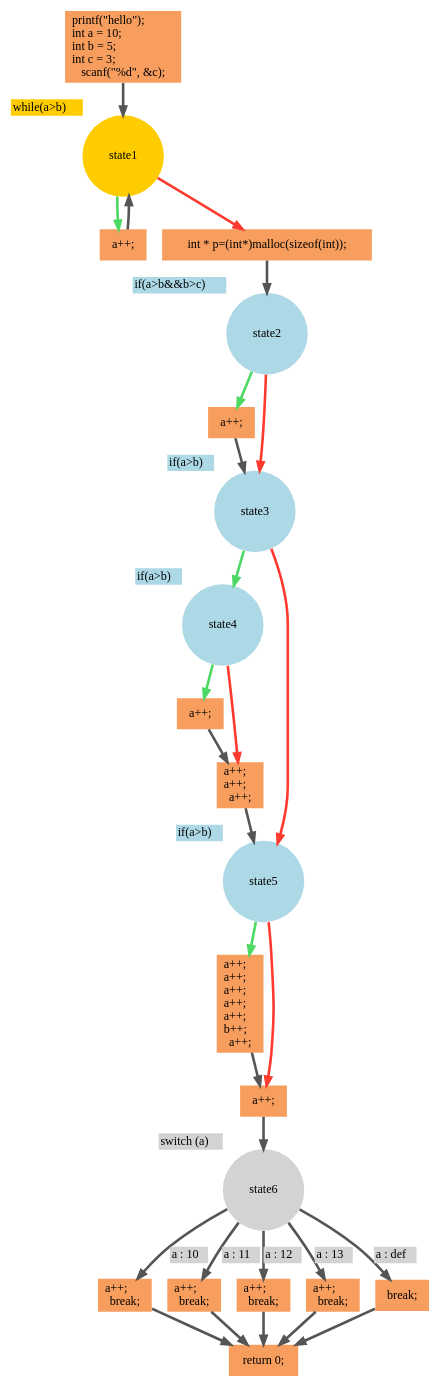
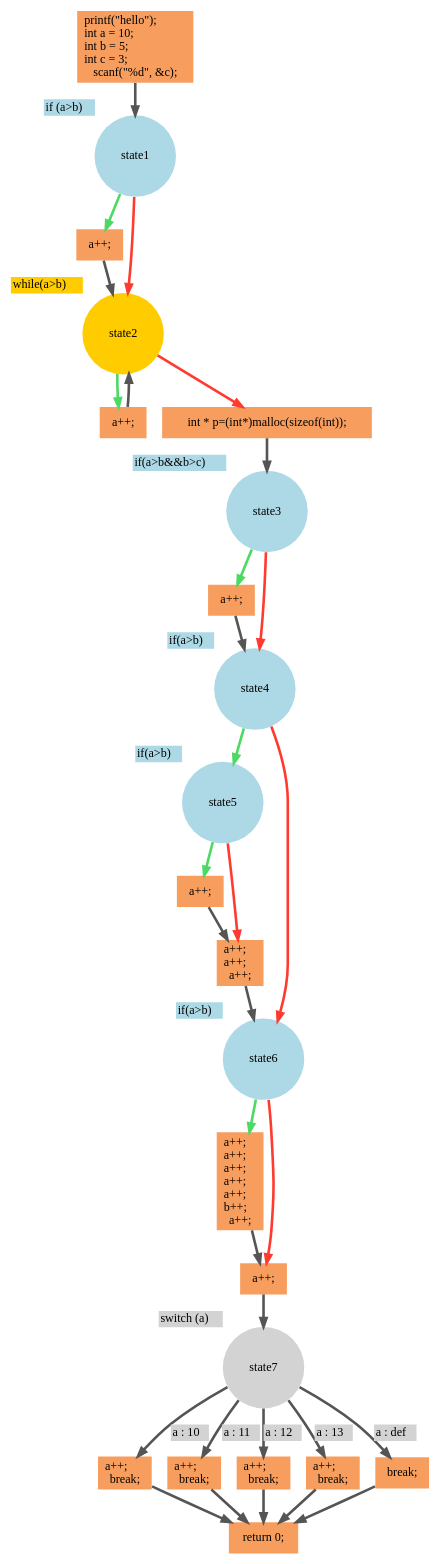
One commit to taylor-swift-13/source2fsm changed the diagram in source2fsm/output/.hard_test_main.dot. Above: the diagram before and after it, drawn with Graphviz. The commit also changed 33 other files, not shown here.

```diff
--- a/source2fsm/output/.hard_test_main.dot
+++ b/source2fsm/output/.hard_test_main.dot
@@ -1,50 +1,55 @@
 digraph "FSM for 'main' function" {
-Node0x1e34c20 [shape=record, color=transparent, style=filled, fillcolor="#F79e5e", label="{printf(\"hello\");\lint a = 10;\lint b = 5;\lint c = 3;\lscanf(\"%d\", &amp;c);}"];
-Node0x1e35cd1 [shape=circle, color=transparent, style=filled, fillcolor="#FFCC00", label=state1, xlabel=<<TABLE BORDER="0" CELLBORDER="0" CELLSPACING="0"><TR><TD BGCOLOR="#FFCC00" ALIGN="center">while(a&gt;b)</TD></TR></TABLE>>, fixedsize=true, width=1.3, height=1.3];
-Node0x1e35500 [shape=record, color=transparent, style=filled, fillcolor="#F79e5e", label="{a++;}"];
-Node0x1e35fd0 [shape=record, color=transparent, style=filled, fillcolor="#F79e5e", label="{int * p=(int*)malloc(sizeof(int));}"];
-Node0x1e35fd1 [shape=circle, color=transparent, style=filled, fillcolor="#ADD8E6", label=state2, xlabel=<<TABLE BORDER="0" CELLBORDER="0" CELLSPACING="0"><TR><TD BGCOLOR="#ADD8E6" ALIGN="center">if(a&gt;b&amp;&amp;b&gt;c)</TD></TR></TABLE>>, fixedsize=true, width=1.3, height=1.3];
-Node0x1e37560 [shape=record, color=transparent, style=filled, fillcolor="#F79e5e", label="{a++;}"];
-Node0x1e372b1 [shape=circle, color=transparent, style=filled, fillcolor="#ADD8E6", label=state3, xlabel=<<TABLE BORDER="0" CELLBORDER="0" CELLSPACING="0"><TR><TD BGCOLOR="#ADD8E6" ALIGN="center">if(a&gt;b)</TD></TR></TABLE>>, fixedsize=true, width=1.3, height=1.3];
-Node0x1e379d1 [shape=circle, color=transparent, style=filled, fillcolor="#ADD8E6", label=state4, xlabel=<<TABLE BORDER="0" CELLBORDER="0" CELLSPACING="0"><TR><TD BGCOLOR="#ADD8E6" ALIGN="center">if(a&gt;b)</TD></TR></TABLE>>, fixedsize=true, width=1.3, height=1.3];
-Node0x1e37ea0 [shape=record, color=transparent, style=filled, fillcolor="#F79e5e", label="{a++;}"];
-Node0x1e37ef0 [shape=record, color=transparent, style=filled, fillcolor="#F79e5e", label="{a++;\la++;\la++;}"];
-Node0x1e37a21 [shape=circle, color=transparent, style=filled, fillcolor="#ADD8E6", label=state5, xlabel=<<TABLE BORDER="0" CELLBORDER="0" CELLSPACING="0"><TR><TD BGCOLOR="#ADD8E6" ALIGN="center">if(a&gt;b)</TD></TR></TABLE>>, fixedsize=true, width=1.3, height=1.3];
-Node0x1e388c0 [shape=record, color=transparent, style=filled, fillcolor="#F79e5e", label="{a++;\la++;\la++;\la++;\la++;\lb++;\la++;}"];
-Node0x1e38910 [shape=record, color=transparent, style=filled, fillcolor="#F79e5e", label="{a++;}"];
-Node0x1e38911 [shape=circle, color=transparent, style=filled, fillcolor="#D3D3D3", label=state6, xlabel=<<TABLE BORDER="0" CELLBORDER="0" CELLSPACING="0"><TR><TD BGCOLOR="#D3D3D3" ALIGN="center">switch (a)</TD></TR></TABLE>>, fixedsize=true, width=1.3, height=1.3];
-Node0x1e39bd0 [shape=record, color=transparent, style=filled, fillcolor="#F79e5e", label="{a++;\lbreak;}"];
-Node0x1e39c50 [shape=record, color=transparent, style=filled, fillcolor="#F79e5e", label="{a++;\lbreak;}"];
-Node0x1e39cd0 [shape=record, color=transparent, style=filled, fillcolor="#F79e5e", label="{a++;\lbreak;}"];
-Node0x1e39d90 [shape=record, color=transparent, style=filled, fillcolor="#F79e5e", label="{a++;\lbreak;}"];
-Node0x1e39b80 [shape=record, color=transparent, style=filled, fillcolor="#F79e5e", label="{break;}"];
-Node0x1e3a150 [shape=record, color=transparent, style=filled, fillcolor="#F79e5e", label="{return 0;}"];
-Node0x1e34c20 -> Node0x1e35cd1 [penwidth=3, color="#555555"];
-Node0x1e35500 -> Node0x1e35cd1 [penwidth=3, color="#555555"];
-Node0x1e35fd0 -> Node0x1e35fd1 [penwidth=3, color="#555555"];
-Node0x1e37560 -> Node0x1e372b1 [penwidth=3, color="#555555"];
-Node0x1e37ea0 -> Node0x1e37ef0 [penwidth=3, color="#555555"];
-Node0x1e37ef0 -> Node0x1e37a21 [penwidth=3, color="#555555"];
-Node0x1e388c0 -> Node0x1e38910 [penwidth=3, color="#555555"];
-Node0x1e38910 -> Node0x1e38911 [penwidth=3, color="#555555"];
-Node0x1e39bd0 -> Node0x1e3a150 [penwidth=3, color="#555555"];
-Node0x1e39c50 -> Node0x1e3a150 [penwidth=3, color="#555555"];
-Node0x1e39cd0 -> Node0x1e3a150 [penwidth=3, color="#555555"];
-Node0x1e39d90 -> Node0x1e3a150 [penwidth=3, color="#555555"];
-Node0x1e39b80 -> Node0x1e3a150 [penwidth=3, color="#555555"];
-Node0x1e35cd1 -> Node0x1e35500 [color="#4CD964", penwidth=3];
-Node0x1e35cd1 -> Node0x1e35fd0 [color="#FF3B30", penwidth=3];
-Node0x1e35fd1 -> Node0x1e372b1 [color="#FF3B30", penwidth=3];
-Node0x1e372b1 -> Node0x1e379d1 [color="#4CD964", penwidth=3];
-Node0x1e372b1 -> Node0x1e37a21 [color="#FF3B30", penwidth=3];
-Node0x1e379d1 -> Node0x1e37ea0 [color="#4CD964", penwidth=3];
-Node0x1e379d1 -> Node0x1e37ef0 [color="#FF3B30", penwidth=3];
-Node0x1e37a21 -> Node0x1e388c0 [color="#4CD964", penwidth=3];
-Node0x1e37a21 -> Node0x1e38910 [color="#FF3B30", penwidth=3];
-Node0x1e38911 -> Node0x1e39b80 [label=<<TABLE BORDER="0" CELLBORDER="0" CELLSPACING="0"><TR><TD BGCOLOR="#D3D3D3" ALIGN="center">a : def</TD></TR></TABLE>>, penwidth=3, color="#555555"];
-Node0x1e38911 -> Node0x1e39bd0 [label=<<TABLE BORDER="0" CELLBORDER="0" CELLSPACING="0"><TR><TD BGCOLOR="#D3D3D3" ALIGN="center">a : 10</TD></TR></TABLE>>, penwidth=3, color="#555555"];
-Node0x1e38911 -> Node0x1e39c50 [label=<<TABLE BORDER="0" CELLBORDER="0" CELLSPACING="0"><TR><TD BGCOLOR="#D3D3D3" ALIGN="center">a : 11</TD></TR></TABLE>>, penwidth=3, color="#555555"];
-Node0x1e38911 -> Node0x1e39cd0 [label=<<TABLE BORDER="0" CELLBORDER="0" CELLSPACING="0"><TR><TD BGCOLOR="#D3D3D3" ALIGN="center">a : 12</TD></TR></TABLE>>, penwidth=3, color="#555555"];
-Node0x1e38911 -> Node0x1e39d90 [label=<<TABLE BORDER="0" CELLBORDER="0" CELLSPACING="0"><TR><TD BGCOLOR="#D3D3D3" ALIGN="center">a : 13</TD></TR></TABLE>>, penwidth=3, color="#555555"];
-Node0x1e35fd1 -> Node0x1e37560 [color="#4CD964", penwidth=3];
+Node0x12fddc0 [shape=record, color=transparent, style=filled, fillcolor="#F79e5e", label="{printf(\"hello\");\lint a = 10;\lint b = 5;\lint c = 3;\lscanf(\"%d\", &amp;c);}"];
+Node0x12fddc1 [shape=circle, color=transparent, style=filled, fillcolor="#ADD8E6", label=state1, xlabel=<<TABLE BORDER="0" CELLBORDER="0" CELLSPACING="0"><TR><TD BGCOLOR="#ADD8E6" ALIGN="center">if (a&gt;b)</TD></TR></TABLE>>, fixedsize=true, width=1.3, height=1.3];
+Node0x12fe6a0 [shape=record, color=transparent, style=filled, fillcolor="#F79e5e", label="{a++;}"];
+Node0x12ff3f1 [shape=circle, color=transparent, style=filled, fillcolor="#FFCC00", label=state2, xlabel=<<TABLE BORDER="0" CELLBORDER="0" CELLSPACING="0"><TR><TD BGCOLOR="#FFCC00" ALIGN="center">while(a&gt;b)</TD></TR></TABLE>>, fixedsize=true, width=1.3, height=1.3];
+Node0x12ff590 [shape=record, color=transparent, style=filled, fillcolor="#F79e5e", label="{a++;}"];
+Node0x12ff5e0 [shape=record, color=transparent, style=filled, fillcolor="#F79e5e", label="{int * p=(int*)malloc(sizeof(int));}"];
+Node0x12ff5e1 [shape=circle, color=transparent, style=filled, fillcolor="#ADD8E6", label=state3, xlabel=<<TABLE BORDER="0" CELLBORDER="0" CELLSPACING="0"><TR><TD BGCOLOR="#ADD8E6" ALIGN="center">if(a&gt;b&amp;&amp;b&gt;c)</TD></TR></TABLE>>, fixedsize=true, width=1.3, height=1.3];
+Node0x1300bc0 [shape=record, color=transparent, style=filled, fillcolor="#F79e5e", label="{a++;}"];
+Node0x1300911 [shape=circle, color=transparent, style=filled, fillcolor="#ADD8E6", label=state4, xlabel=<<TABLE BORDER="0" CELLBORDER="0" CELLSPACING="0"><TR><TD BGCOLOR="#ADD8E6" ALIGN="center">if(a&gt;b)</TD></TR></TABLE>>, fixedsize=true, width=1.3, height=1.3];
+Node0x1301241 [shape=circle, color=transparent, style=filled, fillcolor="#ADD8E6", label=state5, xlabel=<<TABLE BORDER="0" CELLBORDER="0" CELLSPACING="0"><TR><TD BGCOLOR="#ADD8E6" ALIGN="center">if(a&gt;b)</TD></TR></TABLE>>, fixedsize=true, width=1.3, height=1.3];
+Node0x1301500 [shape=record, color=transparent, style=filled, fillcolor="#F79e5e", label="{a++;}"];
+Node0x1301550 [shape=record, color=transparent, style=filled, fillcolor="#F79e5e", label="{a++;\la++;\la++;}"];
+Node0x1301291 [shape=circle, color=transparent, style=filled, fillcolor="#ADD8E6", label=state6, xlabel=<<TABLE BORDER="0" CELLBORDER="0" CELLSPACING="0"><TR><TD BGCOLOR="#ADD8E6" ALIGN="center">if(a&gt;b)</TD></TR></TABLE>>, fixedsize=true, width=1.3, height=1.3];
+Node0x1301f20 [shape=record, color=transparent, style=filled, fillcolor="#F79e5e", label="{a++;\la++;\la++;\la++;\la++;\lb++;\la++;}"];
+Node0x1301f70 [shape=record, color=transparent, style=filled, fillcolor="#F79e5e", label="{a++;}"];
+Node0x1301f71 [shape=circle, color=transparent, style=filled, fillcolor="#D3D3D3", label=state7, xlabel=<<TABLE BORDER="0" CELLBORDER="0" CELLSPACING="0"><TR><TD BGCOLOR="#D3D3D3" ALIGN="center">switch (a)</TD></TR></TABLE>>, fixedsize=true, width=1.3, height=1.3];
+Node0x1303230 [shape=record, color=transparent, style=filled, fillcolor="#F79e5e", label="{a++;\lbreak;}"];
+Node0x13032b0 [shape=record, color=transparent, style=filled, fillcolor="#F79e5e", label="{a++;\lbreak;}"];
+Node0x1303330 [shape=record, color=transparent, style=filled, fillcolor="#F79e5e", label="{a++;\lbreak;}"];
+Node0x13033f0 [shape=record, color=transparent, style=filled, fillcolor="#F79e5e", label="{a++;\lbreak;}"];
+Node0x13031e0 [shape=record, color=transparent, style=filled, fillcolor="#F79e5e", label="{break;}"];
+Node0x13037b0 [shape=record, color=transparent, style=filled, fillcolor="#F79e5e", label="{return 0;}"];
+Node0x12fddc0 -> Node0x12fddc1 [penwidth=3, color="#555555"];
+Node0x12fe6a0 -> Node0x12ff3f1 [penwidth=3, color="#555555"];
+Node0x12ff590 -> Node0x12ff3f1 [penwidth=3, color="#555555"];
+Node0x12ff5e0 -> Node0x12ff5e1 [penwidth=3, color="#555555"];
+Node0x1300bc0 -> Node0x1300911 [penwidth=3, color="#555555"];
+Node0x1301500 -> Node0x1301550 [penwidth=3, color="#555555"];
+Node0x1301550 -> Node0x1301291 [penwidth=3, color="#555555"];
+Node0x1301f20 -> Node0x1301f70 [penwidth=3, color="#555555"];
+Node0x1301f70 -> Node0x1301f71 [penwidth=3, color="#555555"];
+Node0x1303230 -> Node0x13037b0 [penwidth=3, color="#555555"];
+Node0x13032b0 -> Node0x13037b0 [penwidth=3, color="#555555"];
+Node0x1303330 -> Node0x13037b0 [penwidth=3, color="#555555"];
+Node0x13033f0 -> Node0x13037b0 [penwidth=3, color="#555555"];
+Node0x13031e0 -> Node0x13037b0 [penwidth=3, color="#555555"];
+Node0x12fddc1 -> Node0x12fe6a0 [color="#4CD964", penwidth=3];
+Node0x12fddc1 -> Node0x12ff3f1 [color="#FF3B30", penwidth=3];
+Node0x12ff3f1 -> Node0x12ff590 [color="#4CD964", penwidth=3];
+Node0x12ff3f1 -> Node0x12ff5e0 [color="#FF3B30", penwidth=3];
+Node0x12ff5e1 -> Node0x1300911 [color="#FF3B30", penwidth=3];
+Node0x1300911 -> Node0x1301241 [color="#4CD964", penwidth=3];
+Node0x1300911 -> Node0x1301291 [color="#FF3B30", penwidth=3];
+Node0x1301241 -> Node0x1301500 [color="#4CD964", penwidth=3];
+Node0x1301241 -> Node0x1301550 [color="#FF3B30", penwidth=3];
+Node0x1301291 -> Node0x1301f20 [color="#4CD964", penwidth=3];
+Node0x1301291 -> Node0x1301f70 [color="#FF3B30", penwidth=3];
+Node0x1301f71 -> Node0x13031e0 [label=<<TABLE BORDER="0" CELLBORDER="0" CELLSPACING="0"><TR><TD BGCOLOR="#D3D3D3" ALIGN="center">a : def</TD></TR></TABLE>>, penwidth=3, color="#555555"];
+Node0x1301f71 -> Node0x1303230 [label=<<TABLE BORDER="0" CELLBORDER="0" CELLSPACING="0"><TR><TD BGCOLOR="#D3D3D3" ALIGN="center">a : 10</TD></TR></TABLE>>, penwidth=3, color="#555555"];
+Node0x1301f71 -> Node0x13032b0 [label=<<TABLE BORDER="0" CELLBORDER="0" CELLSPACING="0"><TR><TD BGCOLOR="#D3D3D3" ALIGN="center">a : 11</TD></TR></TABLE>>, penwidth=3, color="#555555"];
+Node0x1301f71 -> Node0x1303330 [label=<<TABLE BORDER="0" CELLBORDER="0" CELLSPACING="0"><TR><TD BGCOLOR="#D3D3D3" ALIGN="center">a : 12</TD></TR></TABLE>>, penwidth=3, color="#555555"];
+Node0x1301f71 -> Node0x13033f0 [label=<<TABLE BORDER="0" CELLBORDER="0" CELLSPACING="0"><TR><TD BGCOLOR="#D3D3D3" ALIGN="center">a : 13</TD></TR></TABLE>>, penwidth=3, color="#555555"];
+Node0x12ff5e1 -> Node0x1300bc0 [color="#4CD964", penwidth=3];
 }
```
